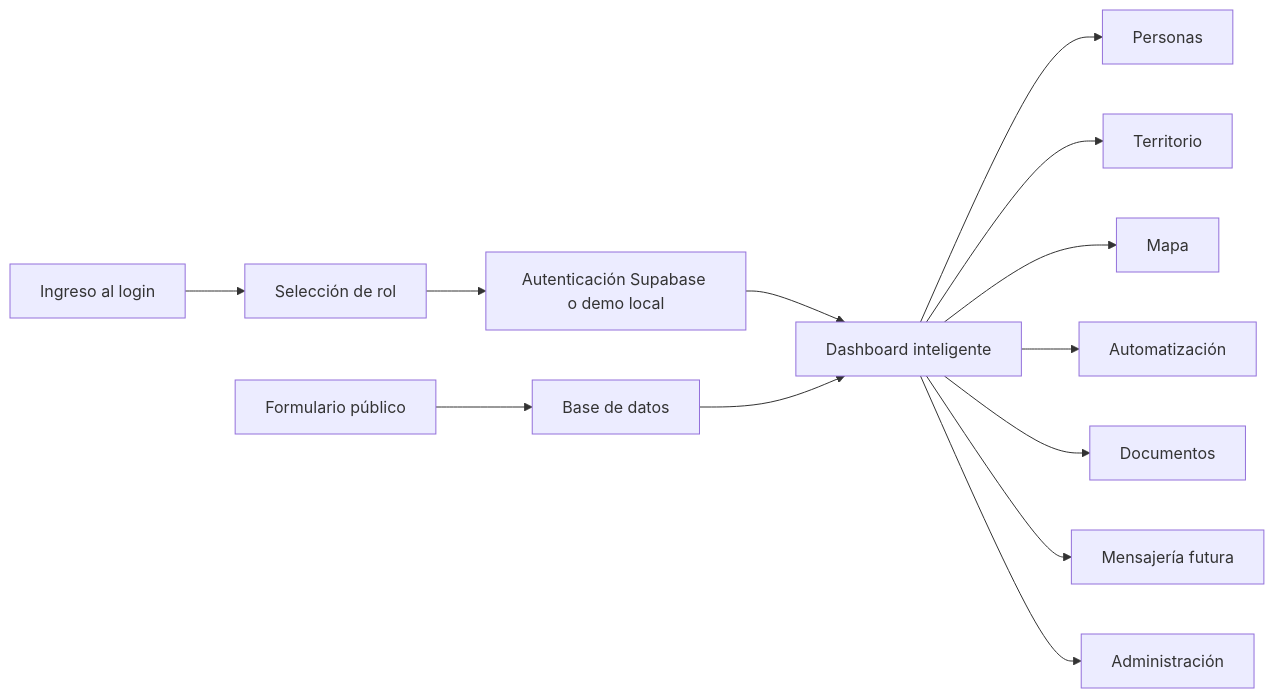
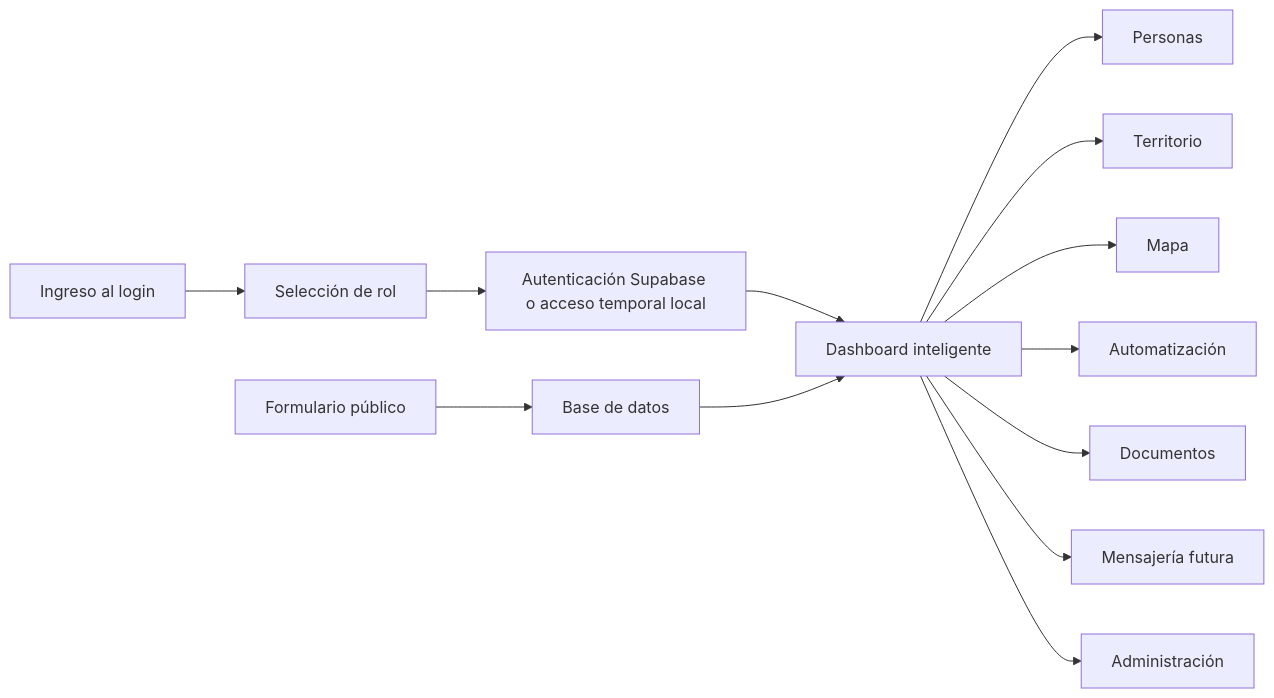
One commit to MarySuarezJ/DrJahir changed the diagram in docs/05-flow.md. Above: the diagram before and after it, drawn with Mermaid. The commit also changed 31 other files, not shown here.

````diff
--- a/docs/05-flow.md
+++ b/docs/05-flow.md
@@ -5,15 +5,15 @@
 ```mermaid
 flowchart LR
     A[Ingreso al login] --> B[Selección de rol]
-    B --> C[Autenticación Supabase o demo local]
+    B --> C[Autenticación Supabase o acceso temporal local]
     C --> D[Dashboard inteligente]
     D --> E[Personas]
     D --> F[Territorio]
     D --> G[Mapa]
     D --> H[Automatización]
     D --> I[Documentos]
     D --> J[Mensajería futura]
     D --> M[Administración]
     K[Formulario público] --> L[Base de datos]
     L --> D
 ```
````
